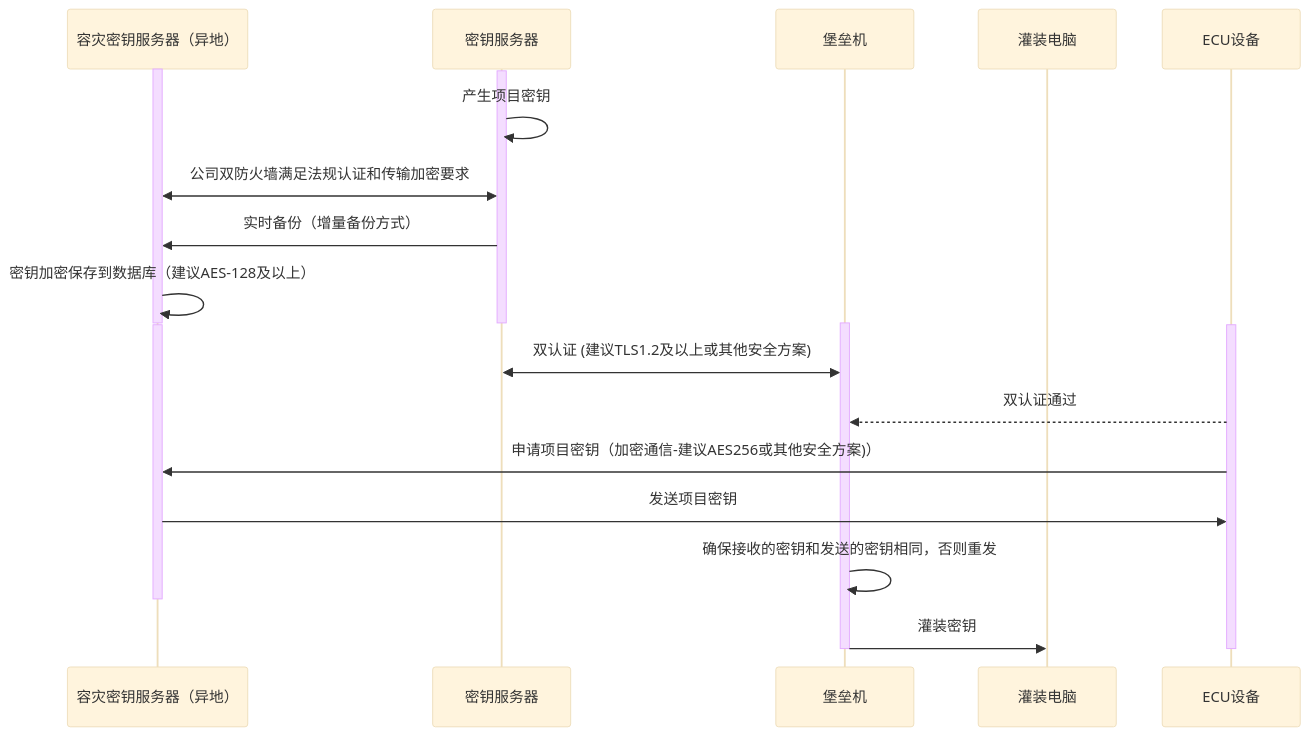
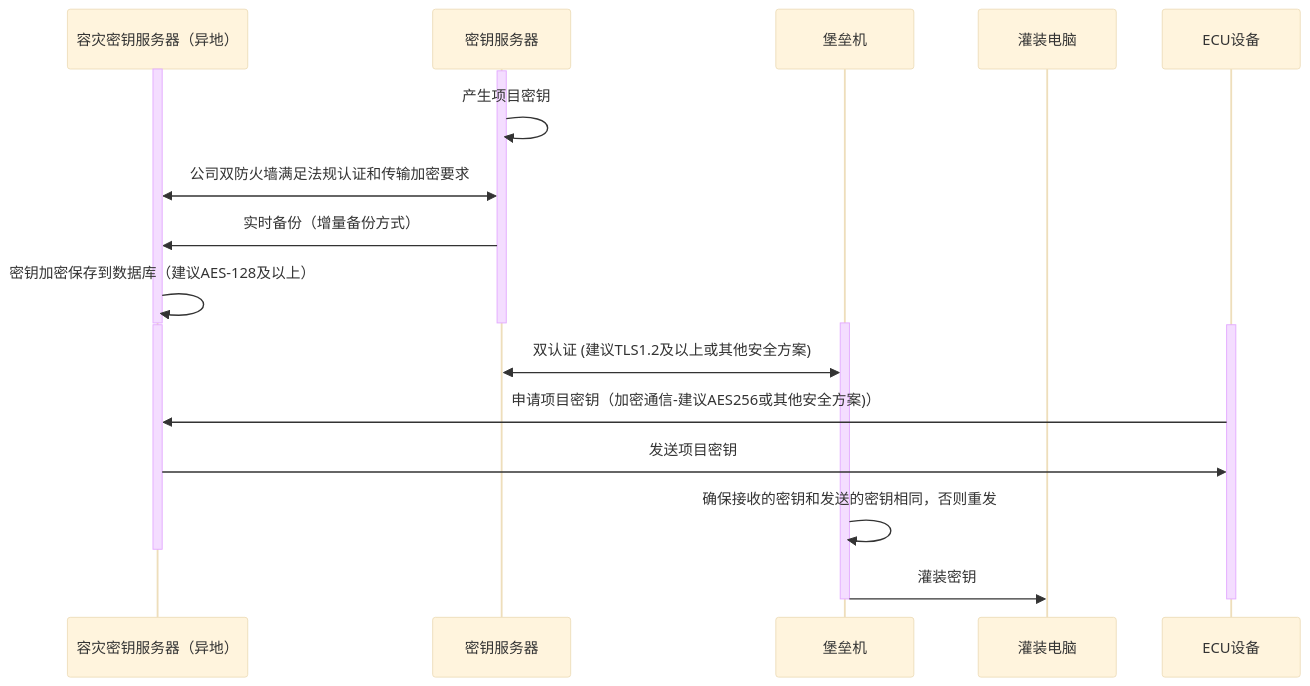
The diagram in all/未命名-15.md (facebook-cloud/iodraw-files), drawn with Mermaid (base theme) before and after one commit.

Commit message:
2026-02-07 10:02:24 update

````diff
--- a/all/未命名-15.md
+++ b/all/未命名-15.md
@@ -1,34 +1,34 @@
 ```mermaid
 sequenceDiagram
     participant A as 容灾密钥服务器（异地）
     participant B as 密钥服务器
     participant C as 堡垒机
     participant D as 灌装电脑
     participant E as ECU设备
 
     activate A
     activate B
     B->>B: 产生项目密钥
     A<<->>B: 公司双防火墙满足法规认证和传输加密要求
     B->>A: 实时备份（增量备份方式）
     A->>A: 密钥加密保存到数据库（建议AES-128及以上）
     deactivate B
     deactivate A
 
     activate C
     activate A
     activate E
 
     C<<->>B: 双认证 (建议TLS1.2及以上或其他安全方案)
-    E-->>C: 双认证通过
+
 
     E->>A: 申请项目密钥（加密通信-建议AES256或其他安全方案)）
     A->>E: 发送项目密钥
 
     C->>C: 确保接收的密钥和发送的密钥相同，否则重发
     deactivate A
     C->>D: 灌装密钥
     deactivate C
     deactivate E
 
 ```
````
